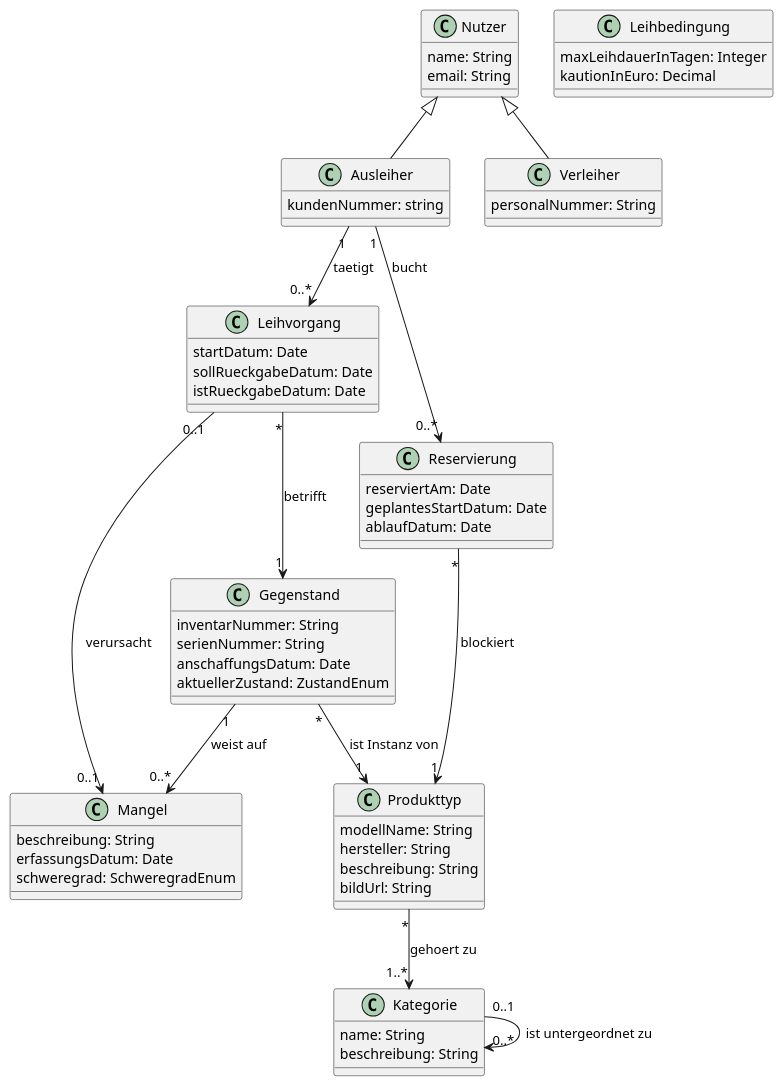
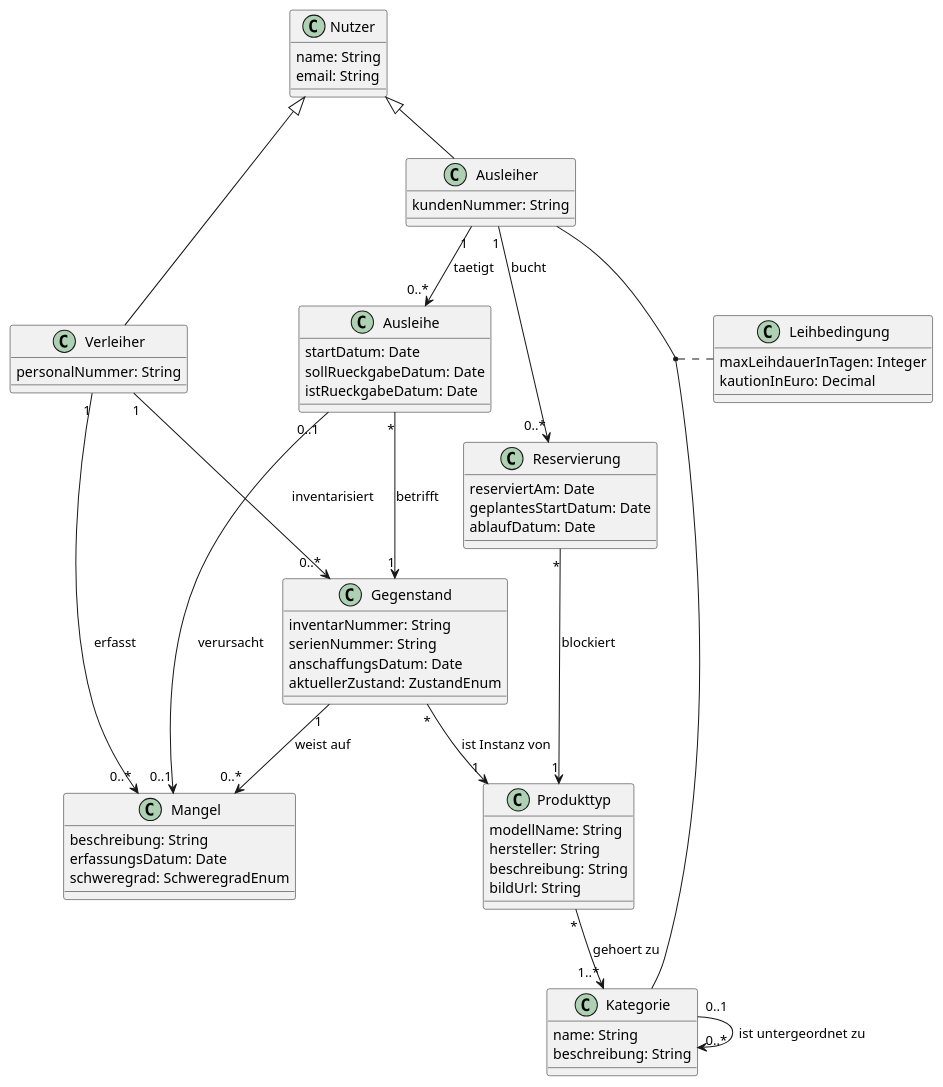
One commit to GWMDS/LeihListe changed the diagram in docs/product/domain_glossary.adoc. Above: the diagram before and after it, drawn with PlantUML. The commit also changed other lines of this file, not shown here.

```diff
--- a/docs/product/domain_glossary.adoc
+++ b/docs/product/domain_glossary.adoc
@@ -86,7 +86,7 @@
   email: String
 }
 class Ausleiher {
-  kundenNummer: string
+  kundenNummer: String
 }
 
 class Verleiher {
@@ -99,7 +99,7 @@
   
 }
 
-class Leihvorgang {
+class Ausleihe {
   startDatum: Date
   sollRueckgabeDatum: Date
   istRueckgabeDatum: Date
@@ -144,8 +144,11 @@
 Nutzer <|-- Ausleiher
 Nutzer <|-- Verleiher
 
-Ausleiher "1" --> "0..*" Leihvorgang : taetigt
-Leihvorgang "*" --> "1" Gegenstand : betrifft
+Verleiher "1" --> "0..*" Mangel : erfasst
+Verleiher "1" --> "0..*" Gegenstand : inventarisiert
+
+Ausleiher "1" --> "0..*" Ausleihe : taetigt
+Ausleihe "*" --> "1" Gegenstand : betrifft
 
 Ausleiher "1" --> "0..*" Reservierung : bucht
 Reservierung "*" --> "1" Produkttyp : blockiert
@@ -156,7 +159,9 @@
 Kategorie "0..1" --> "0..*" Kategorie : ist untergeordnet zu
 
 Gegenstand "1" --> "0..*" Mangel : weist auf
-Leihvorgang "0..1" --> "0..1" Mangel : verursacht
+Ausleihe "0..1" --> "0..1" Mangel : verursacht
+
+(Ausleiher, Kategorie) .. Leihbedingung
 
 @enduml
 ....
```
